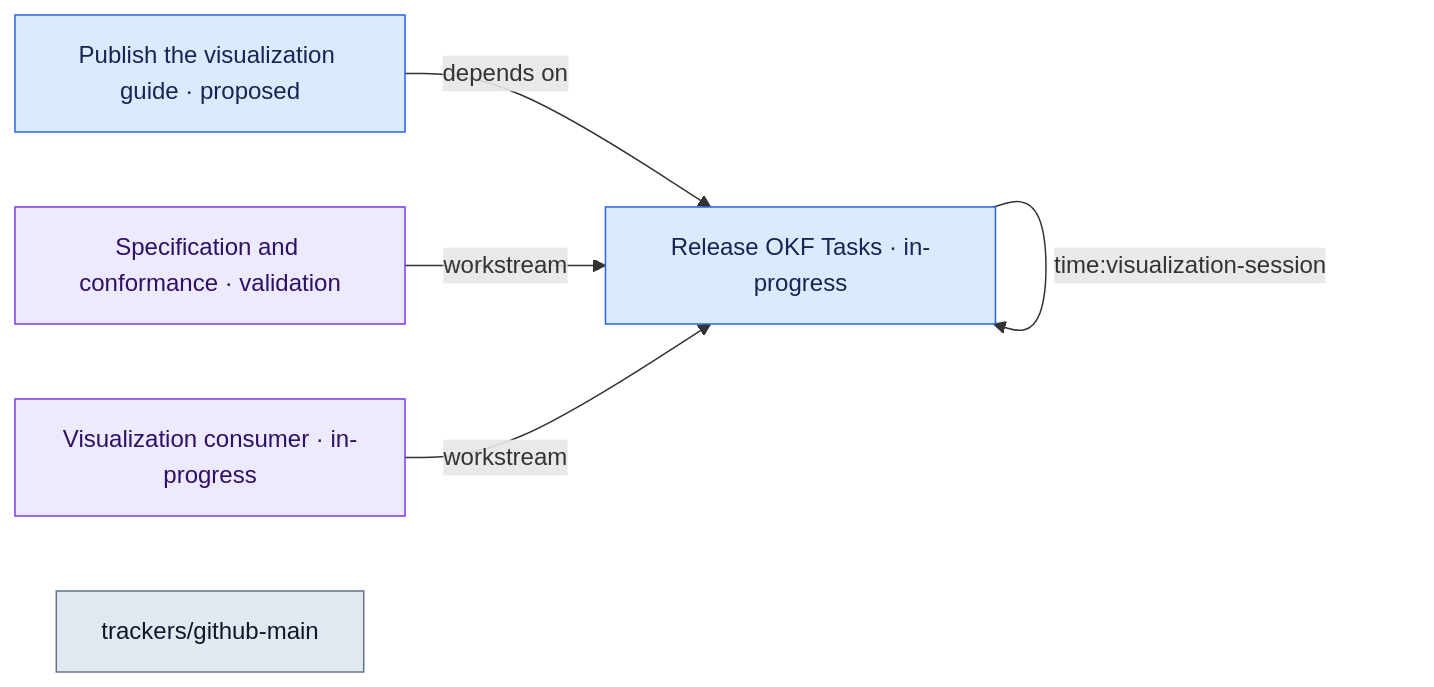
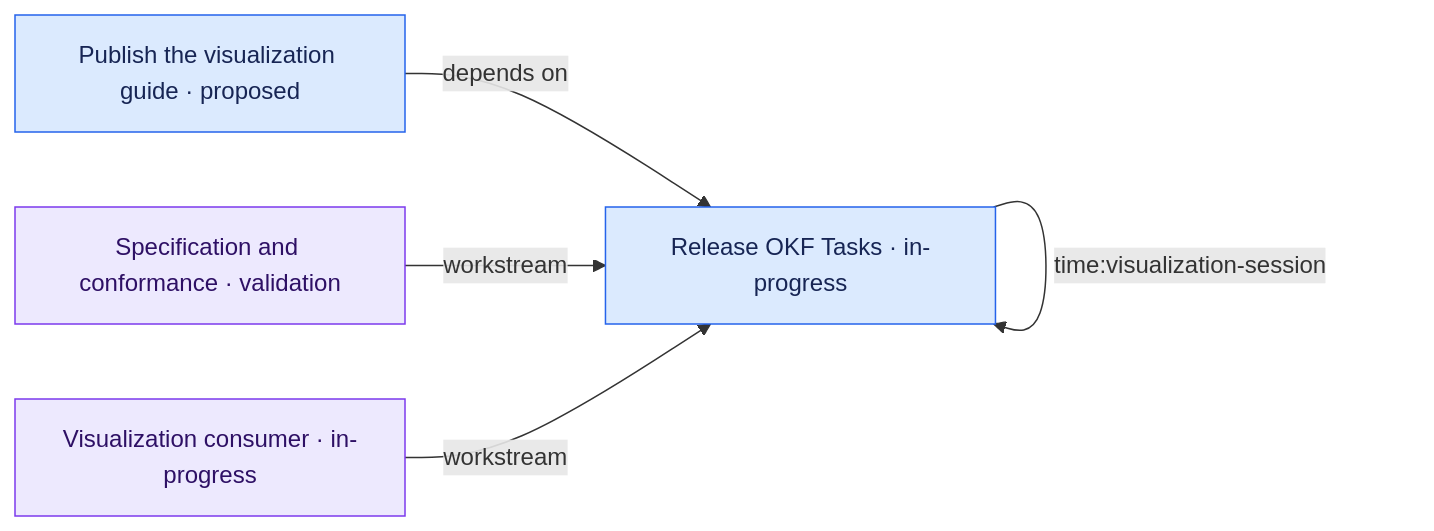
One commit to polaralias/okf-tasks changed the second of 3 diagrams in docs/VISUALIZATION.md. Above: the diagram before and after it, drawn with Mermaid. The commit also changed other lines of this file and 12 other files, not shown here.

Commit message:
feat: generate scalable Mermaid views

````diff
--- a/docs/VISUALIZATION.md
+++ b/docs/VISUALIZATION.md
@@ -7,15 +21,16 @@
 ```mermaid
 flowchart LR
     n0["Publish the visualization guide · proposed"]:::task
     n1["Release OKF Tasks · in-progress"]:::task
     n2["Specification and conformance · validation"]:::workstream
     n3["Visualization consumer · in-progress"]:::workstream
-    n4["trackers/github-main"]:::unknown
     n0 -->|depends on| n1
     n1 -->|time:visualization-session| n1
     n2 -->|workstream| n1
     n3 -->|workstream| n1
     classDef task fill:#dbeafe,stroke:#2563eb,color:#172554
     classDef workstream fill:#ede9fe,stroke:#7c3aed,color:#2e1065
-    classDef unknown fill:#e2e8f0,stroke:#64748b,color:#0f172a
+    classDef tracker fill:#ffedd5,stroke:#ea580c,color:#431407
+    classDef knowledge fill:#dcfce7,stroke:#16a34a,color:#052e16
+    classDef boundary fill:#f8fafc,stroke:#64748b,color:#0f172a,stroke-dasharray:4 3
 ```
````
